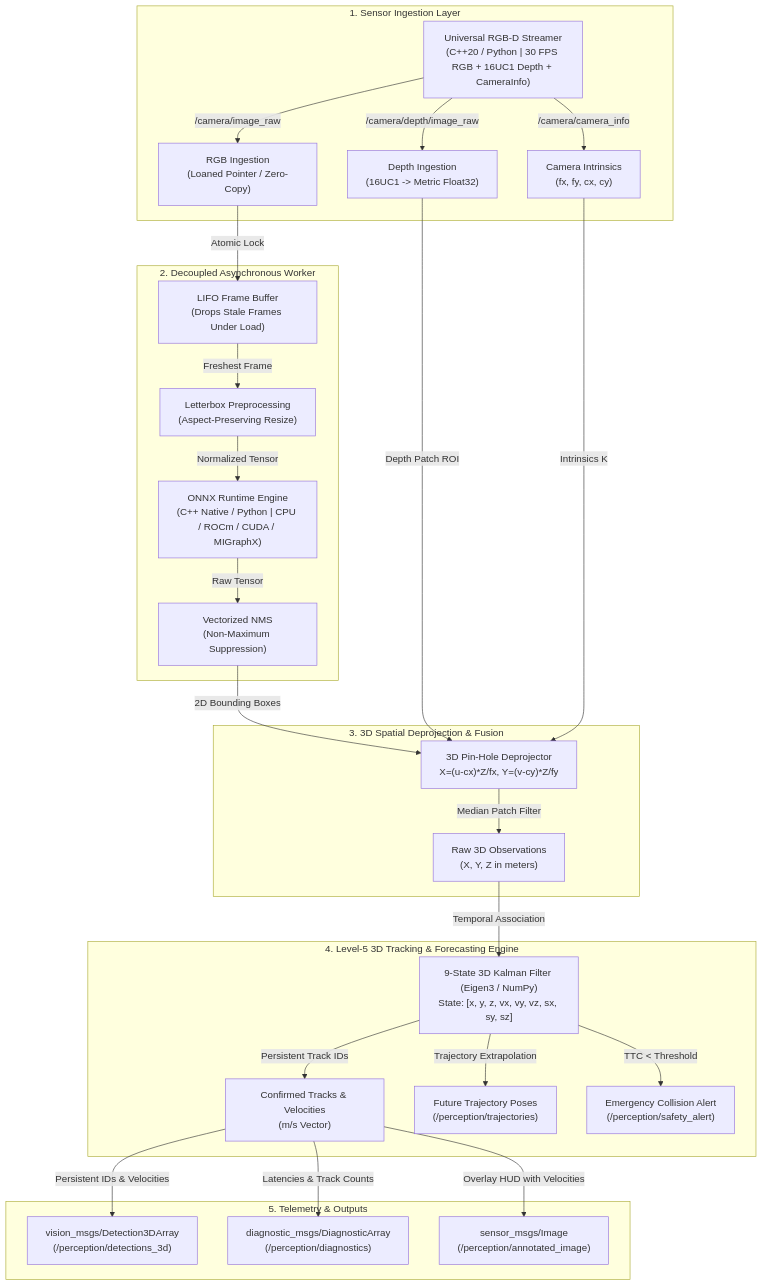
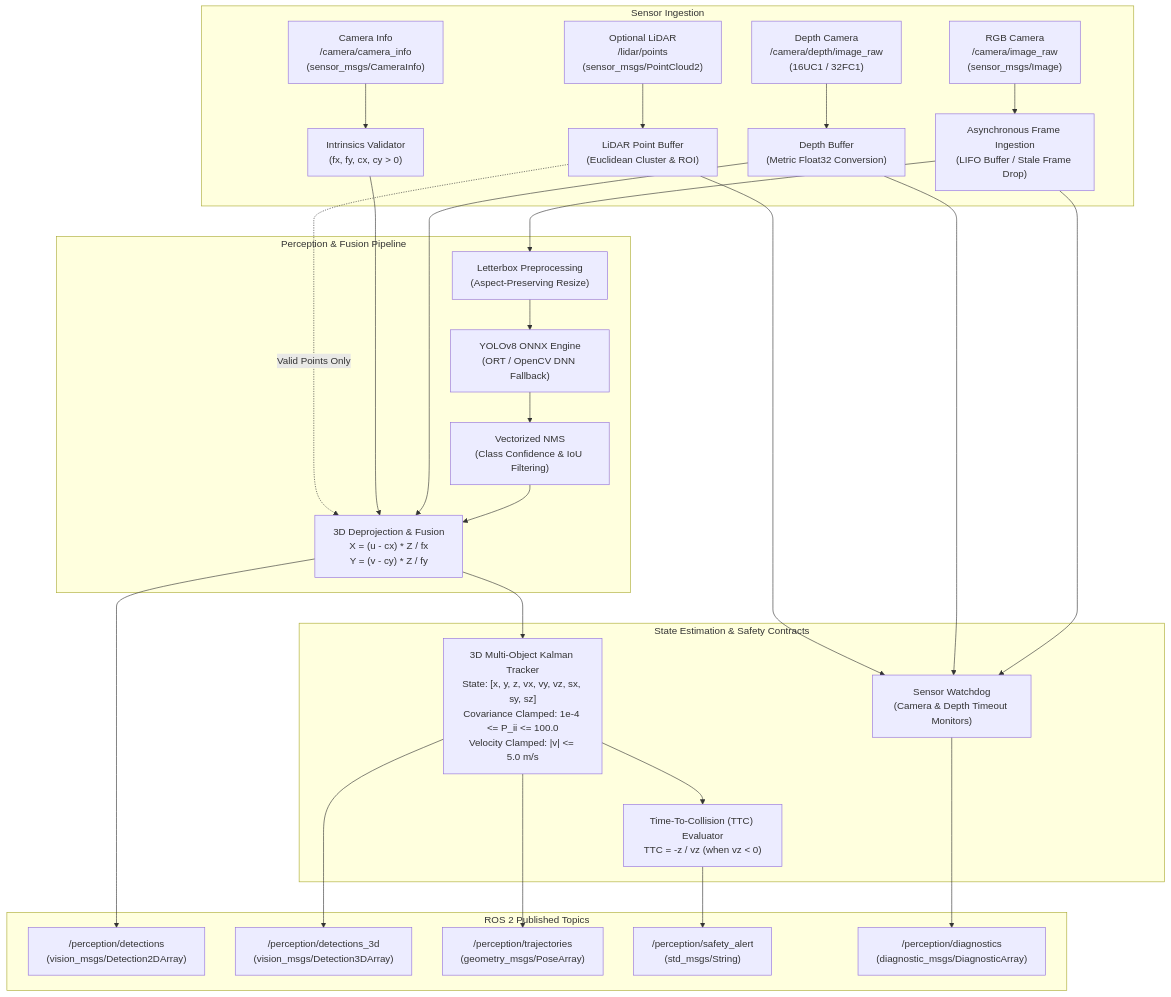
Before and after one commit to zeenat28-ui/ros2-edge-perception: the diagram in README.md, drawn with Mermaid. The commit also changed other lines of this file and 6 other files, not shown here.

Commit message:
fix: harden runtime contracts, add qualification test suite, and streamline package architecture

````diff
--- a/README.md
+++ b/README.md
@@ -26,35 +19,33 @@
 ```mermaid
 flowchart TD
-    subgraph Sensors["1. Sensor Ingestion Layer"]
-        CAM["Universal RGB-D Streamer\n(C++20 / Python | 30 FPS RGB + 16UC1 Depth + CameraInfo)"] -->|/camera/image_raw| SUB_RGB["RGB Ingestion\n(Loaned Pointer / Zero-Copy)"]
-        CAM -->|/camera/depth/image_raw| SUB_DEP["Depth Ingestion\n(16UC1 -> Metric Float32)"]
-        CAM -->|/camera/camera_info| SUB_INF["Camera Intrinsics\n(fx, fy, cx, cy)"]
+    subgraph Sensors["Sensor Ingestion"]
+        RGB["RGB Camera\n/camera/image_raw\n(sensor_msgs/Image)"] --> INGEST["Asynchronous Frame Ingestion\n(LIFO Buffer / Stale Frame Drop)"]
+        DEPTH["Depth Camera\n/camera/depth/image_raw\n(16UC1 / 32FC1)"] --> DEPTH_BUF["Depth Buffer\n(Metric Float32 Conversion)"]
+        INFO["Camera Info\n/camera/camera_info\n(sensor_msgs/CameraInfo)"] --> INTRIN["Intrinsics Validator\n(fx, fy, cx, cy > 0)"]
+        LIDAR["Optional LiDAR\n/lidar/points\n(sensor_msgs/PointCloud2)"] --> LIDAR_BUF["LiDAR Point Buffer\n(Euclidean Cluster & ROI)"]
     end
 
-    subgraph Core["2. Decoupled Asynchronous Worker"]
-        SUB_RGB -->|Atomic Lock| LIFO["LIFO Frame Buffer\n(Drops Stale Frames Under Load)"]
-        LIFO -->|Freshest Frame| PRE["Letterbox Preprocessing\n(Aspect-Preserving Resize)"]
-        PRE -->|Normalized Tensor| ORT["ONNX Runtime Engine\n(C++ Native / Python | CPU / ROCm / CUDA / MIGraphX)"]
-        ORT -->|Raw Tensor| NMS["Vectorized NMS\n(Non-Maximum Suppression)"]
+    subgraph Core["Perception & Fusion Pipeline"]
+        INGEST --> PRE["Letterbox Preprocessing\n(Aspect-Preserving Resize)"]
+        PRE --> INFER["YOLOv8 ONNX Engine\n(ORT / OpenCV DNN Fallback)"]
+        INFER --> NMS["Vectorized NMS\n(Class Confidence & IoU Filtering)"]
+        NMS --> DEPROJ["3D Deprojection & Fusion\nX = (u - cx) * Z / fx\nY = (v - cy) * Z / fy"]
+        DEPTH_BUF --> DEPROJ
+        INTRIN --> DEPROJ
+        LIDAR_BUF -.->|Valid Points Only| DEPROJ
     end
 
-    subgraph Deprojection["3. 3D Spatial Deprojection & Fusion"]
-        NMS -->|2D Bounding Boxes| FUSE["3D Pin-Hole Deprojector\nX=(u-cx)*Z/fx, Y=(v-cy)*Z/fy"]
-        SUB_DEP -->|Depth Patch ROI| FUSE
-        SUB_INF -->|Intrinsics K| FUSE
-        FUSE -->|Median Patch Filter| RAW3D["Raw 3D Observations\n(X, Y, Z in meters)"]
+    subgraph Tracking["State Estimation & Safety Contracts"]
+        DEPROJ --> TRACKER["3D Multi-Object Kalman Tracker\nState: [x, y, z, vx, vy, vz, sx, sy, sz]\nCovariance Clamped: 1e-4 <= P_ii <= 100.0\nVelocity Clamped: |v| <= 5.0 m/s"]
+        TRACKER --> TTC["Time-To-Collision (TTC) Evaluator\nTTC = -z / vz (when vz < 0)"]
+        INGEST & DEPTH_BUF & LIDAR_BUF --> WATCHDOG["Sensor Watchdog\n(Camera & Depth Timeout Monitors)"]
     end
 
-    subgraph Tracking["4. Level-5 3D Tracking & Forecasting Engine"]
-        RAW3D -->|Temporal Association| KF["9-State 3D Kalman Filter (Eigen3 / NumPy)\nState: [x, y, z, vx, vy, vz, sx, sy, sz]"]
-        KF -->|Persistent Track IDs| TRK["Confirmed Tracks & Velocities\n(m/s Vector)"]
-        KF -->|Trajectory Extrapolation| TRAJ["Future Trajectory Poses\n(/perception/trajectories)"]
-        KF -->|TTC < Threshold| SAFE["Emergency Collision Alert\n(/perception/safety_alert)"]
-    end
-
-    subgraph Observability["5. Telemetry & Outputs"]
-        TRK -->|Persistent IDs & Velocities| DET3D["vision_msgs/Detection3DArray\n(/perception/detections_3d)"]
-        TRK -->|Latencies & Track Counts| DIAG["diagnostic_msgs/DiagnosticArray\n(/perception/diagnostics)"]
-        TRK -->|Overlay HUD with Velocities| VIS["sensor_msgs/Image\n(/perception/annotated_image)"]
+    subgraph Outputs["ROS 2 Published Topics"]
+        DEPROJ --> DET2D["/perception/detections\n(vision_msgs/Detection2DArray)"]
+        TRACKER --> DET3D["/perception/detections_3d\n(vision_msgs/Detection3DArray)"]
+        TRACKER --> TRAJ["/perception/trajectories\n(geometry_msgs/PoseArray)"]
+        TTC --> ALERT["/perception/safety_alert\n(std_msgs/String)"]
+        WATCHDOG --> DIAG["/perception/diagnostics\n(diagnostic_msgs/DiagnosticArray)"]
     end
 ```
````
